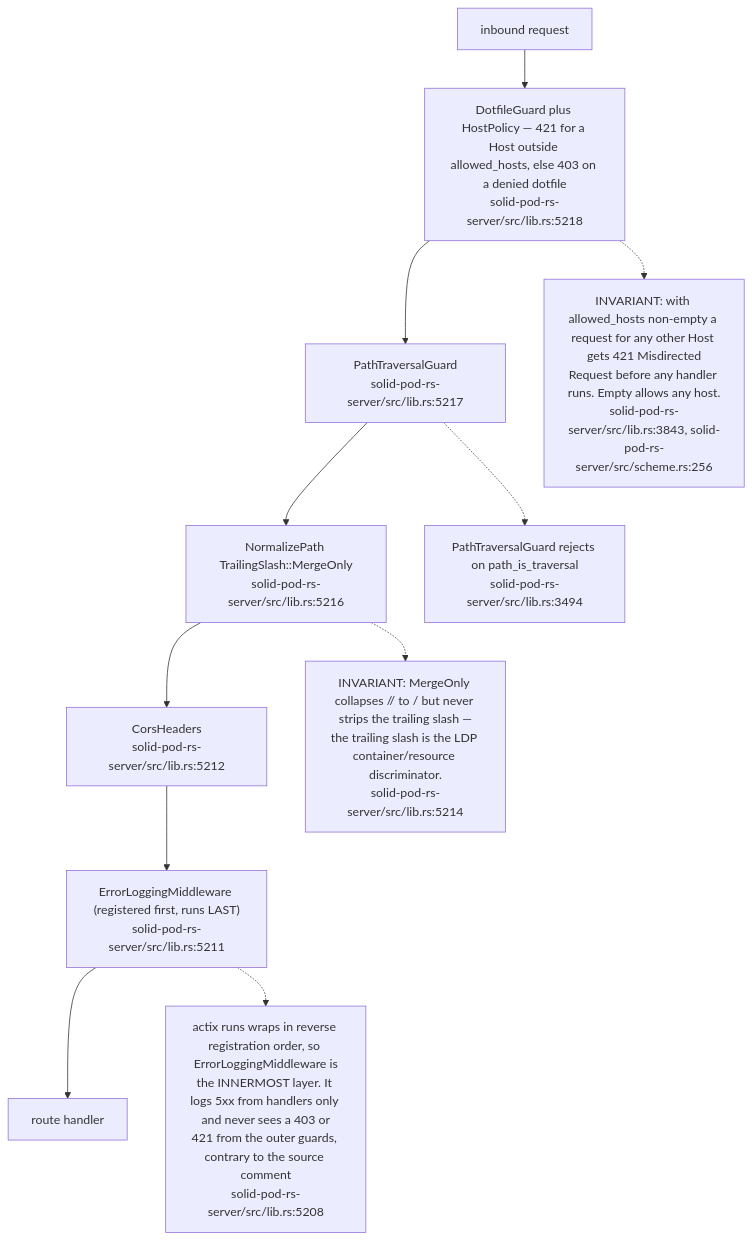
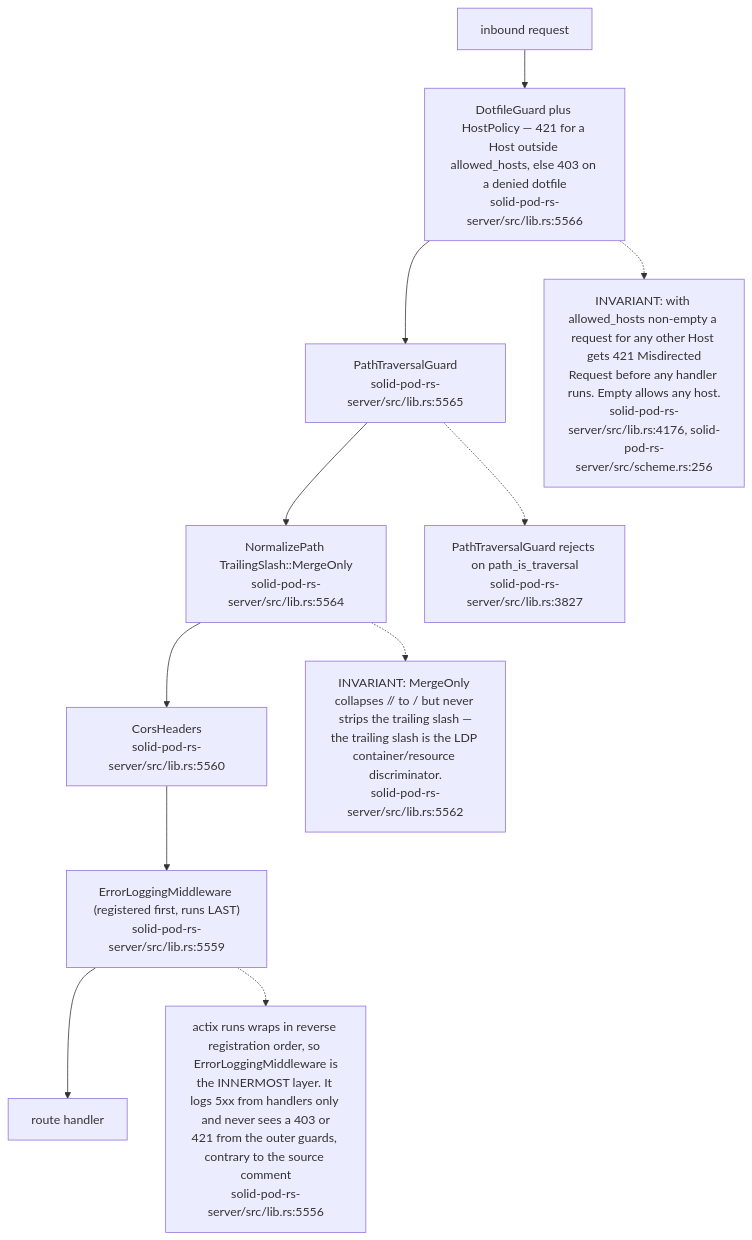
Before and after one commit to DreamLab-AI/VisionFlow: the seventh of 11 diagrams in docs/diagrams/solid-pod-rs/02-server-boot-and-routes.md, drawn with Mermaid. The commit also changed other lines of this file and 154 other files, not shown here.

First line of the commit message:
docs(diagrams): re-stamp 154 topics whose every citation still reads the same text at the current heads

````diff
--- a/docs/diagrams/solid-pod-rs/02-server-boot-and-routes.md
+++ b/docs/diagrams/solid-pod-rs/02-server-boot-and-routes.md
@@ -205,21 +205,21 @@
 ```mermaid
 flowchart TD
     REQ["inbound request"]
-    ELM["ErrorLoggingMiddleware (registered first, runs LAST)<br/>solid-pod-rs-server/src/lib.rs:5211"]
-    CORS["CorsHeaders<br/>solid-pod-rs-server/src/lib.rs:5212"]
-    NORM["NormalizePath TrailingSlash::MergeOnly<br/>solid-pod-rs-server/src/lib.rs:5216"]
-    PTG["PathTraversalGuard<br/>solid-pod-rs-server/src/lib.rs:5217"]
-    DFG["DotfileGuard plus HostPolicy — 421 for a Host outside allowed_hosts, else 403 on a denied dotfile<br/>solid-pod-rs-server/src/lib.rs:5218"]
+    ELM["ErrorLoggingMiddleware (registered first, runs LAST)<br/>solid-pod-rs-server/src/lib.rs:5559"]
+    CORS["CorsHeaders<br/>solid-pod-rs-server/src/lib.rs:5560"]
+    NORM["NormalizePath TrailingSlash::MergeOnly<br/>solid-pod-rs-server/src/lib.rs:5564"]
+    PTG["PathTraversalGuard<br/>solid-pod-rs-server/src/lib.rs:5565"]
+    DFG["DotfileGuard plus HostPolicy — 421 for a Host outside allowed_hosts, else 403 on a denied dotfile<br/>solid-pod-rs-server/src/lib.rs:5566"]
     H["route handler"]
 
     REQ --> DFG --> PTG --> NORM --> CORS --> ELM --> H
 
-    N1["INVARIANT: MergeOnly collapses // to / but never strips the trailing slash —<br/>the trailing slash is the LDP container/resource discriminator.<br/>solid-pod-rs-server/src/lib.rs:5214"]
+    N1["INVARIANT: MergeOnly collapses // to / but never strips the trailing slash —<br/>the trailing slash is the LDP container/resource discriminator.<br/>solid-pod-rs-server/src/lib.rs:5562"]
     NORM -.-> N1
-    N2["actix runs wraps in reverse registration order, so ErrorLoggingMiddleware is<br/>the INNERMOST layer. It logs 5xx from handlers only and never sees a 403 or<br/>421 from the outer guards, contrary to the source comment<br/>solid-pod-rs-server/src/lib.rs:5208"]
+    N2["actix runs wraps in reverse registration order, so ErrorLoggingMiddleware is<br/>the INNERMOST layer. It logs 5xx from handlers only and never sees a 403 or<br/>421 from the outer guards, contrary to the source comment<br/>solid-pod-rs-server/src/lib.rs:5556"]
     ELM -.-> N2
-    N3["PathTraversalGuard rejects on path_is_traversal<br/>solid-pod-rs-server/src/lib.rs:3494"]
+    N3["PathTraversalGuard rejects on path_is_traversal<br/>solid-pod-rs-server/src/lib.rs:3827"]
     PTG -.-> N3
-    N4["INVARIANT: with allowed_hosts non-empty a request for any other Host gets 421 Misdirected<br/>Request before any handler runs. Empty allows any host.<br/>solid-pod-rs-server/src/lib.rs:3843, solid-pod-rs-server/src/scheme.rs:256"]
+    N4["INVARIANT: with allowed_hosts non-empty a request for any other Host gets 421 Misdirected<br/>Request before any handler runs. Empty allows any host.<br/>solid-pod-rs-server/src/lib.rs:4176, solid-pod-rs-server/src/scheme.rs:256"]
     DFG -.-> N4
 ```
````
